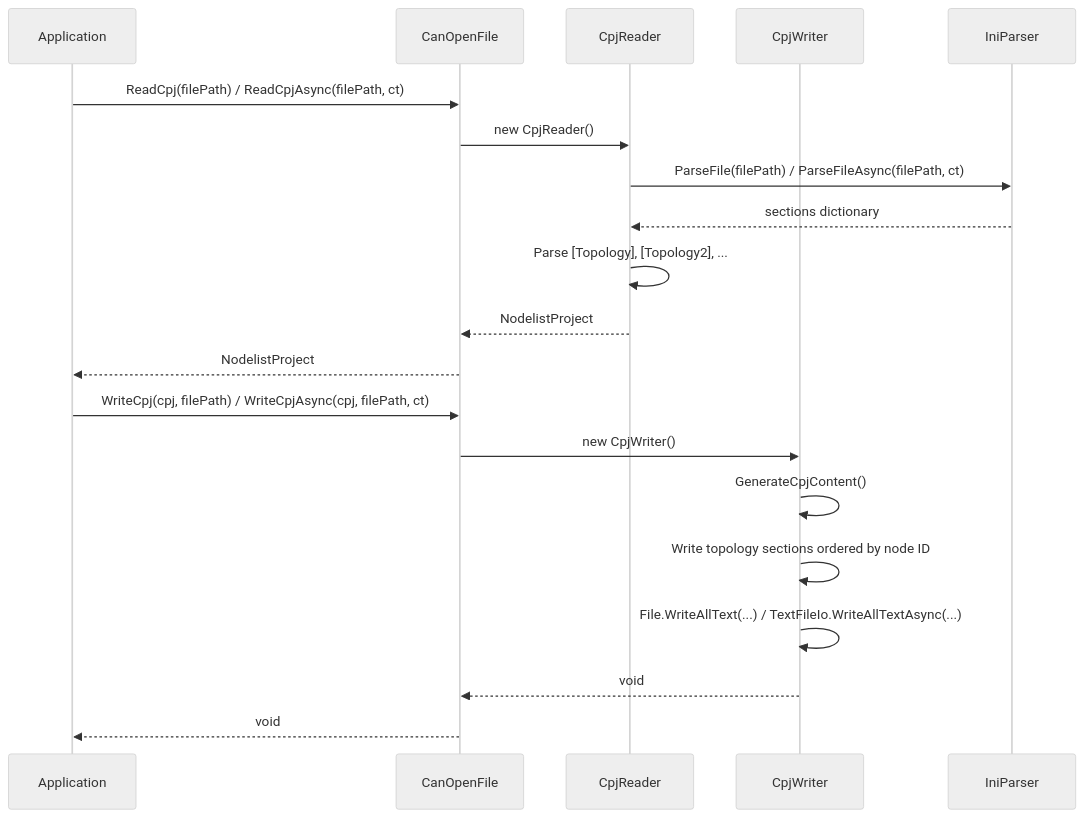
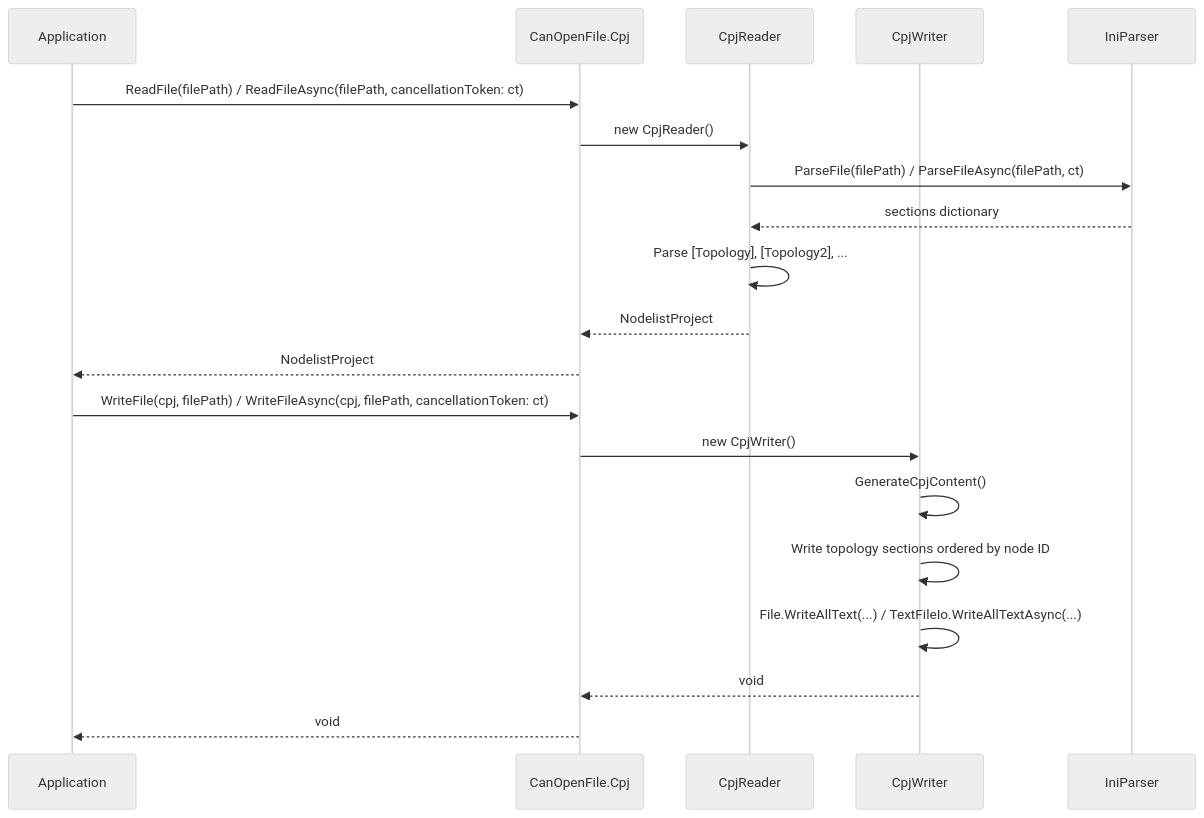
One commit to dborgards/eds-dcf-net changed the sixth of 9 diagrams in docs/architecture/06-runtime-view.md. Above: the diagram before and after it, drawn with Mermaid (neutral theme). The commit also changed other lines of this file and 7 other files, not shown here.

First line of the commit message:
docs: align architecture docs, remarks, examples, README with 1.13 surface (#547) (#552)

````diff
--- a/docs/architecture/06-runtime-view.md
+++ b/docs/architecture/06-runtime-view.md
@@ -103,24 +141,24 @@
 ```mermaid
 sequenceDiagram
     participant App as Application
-    participant CF as CanOpenFile
+    participant CF as CanOpenFile.Cpj
     participant CR as CpjReader
     participant CW as CpjWriter
     participant IP as IniParser
 
-    App->>CF: ReadCpj(filePath) / ReadCpjAsync(filePath, ct)
+    App->>CF: ReadFile(filePath) / ReadFileAsync(filePath, cancellationToken: ct)
     CF->>CR: new CpjReader()
     CR->>IP: ParseFile(filePath) / ParseFileAsync(filePath, ct)
     IP-->>CR: sections dictionary
     CR->>CR: Parse [Topology], [Topology2], ...
     CR-->>CF: NodelistProject
     CF-->>App: NodelistProject
 
-    App->>CF: WriteCpj(cpj, filePath) / WriteCpjAsync(cpj, filePath, ct)
+    App->>CF: WriteFile(cpj, filePath) / WriteFileAsync(cpj, filePath, cancellationToken: ct)
     CF->>CW: new CpjWriter()
     CW->>CW: GenerateCpjContent()
     CW->>CW: Write topology sections ordered by node ID
     CW->>CW: File.WriteAllText(...) / TextFileIo.WriteAllTextAsync(...)
     CW-->>CF: void
     CF-->>App: void
 ```
````
